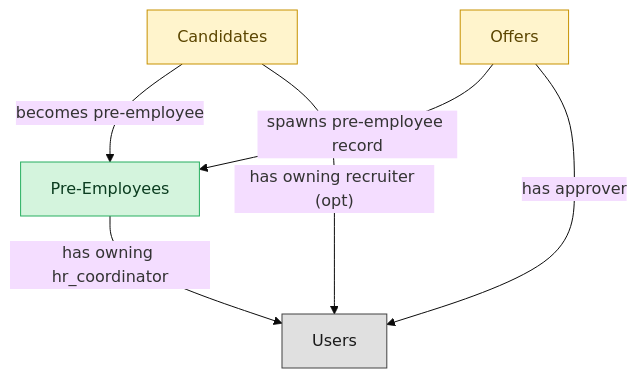
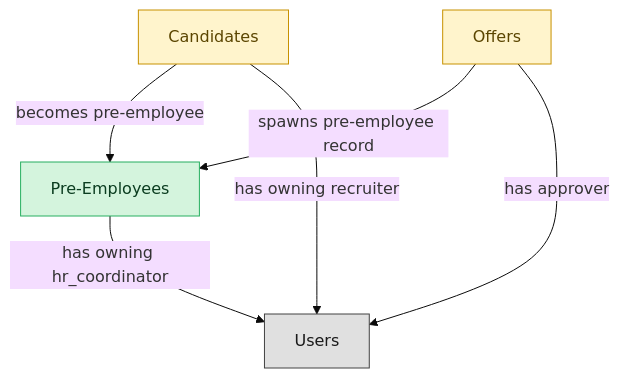
One commit to IntranetFactory/domain-map changed the diagram in catalog/blueprints/ats-pre-employee-record-semantic-blueprint.md. Above: the diagram before and after it, drawn with Mermaid (base theme). The commit also changed other lines of this file and 18 other files, not shown here.

````diff
--- a/catalog/blueprints/ats-pre-employee-record-semantic-blueprint.md
+++ b/catalog/blueprints/ats-pre-employee-record-semantic-blueprint.md
@@ -32,19 +32,19 @@
 ```mermaid
 flowchart TD
   classDef master fill:#d4f4dd,stroke:#27ae60,color:#0b3d20;
   classDef embedded_master fill:#fff4cc,stroke:#c79100,color:#5b4500;
   classDef platform_builtin fill:#e0e0e0,stroke:#424242,color:#1a1a1a;
   pre_employees["Pre-Employees"]
   candidates["Candidates"]
   job_offers["Offers"]
   users["Users"]
   job_offers -->|"spawns pre-employee record"| pre_employees
   candidates -->|"becomes pre-employee"| pre_employees
-  candidates -->|"has owning recruiter (opt)"| users
+  candidates -->|"has owning recruiter"| users
   job_offers -->|"has approver"| users
   pre_employees -->|"has owning hr_coordinator"| users
   class pre_employees master;
   class candidates embedded_master;
   class job_offers embedded_master;
   class users platform_builtin;
 ```
````
